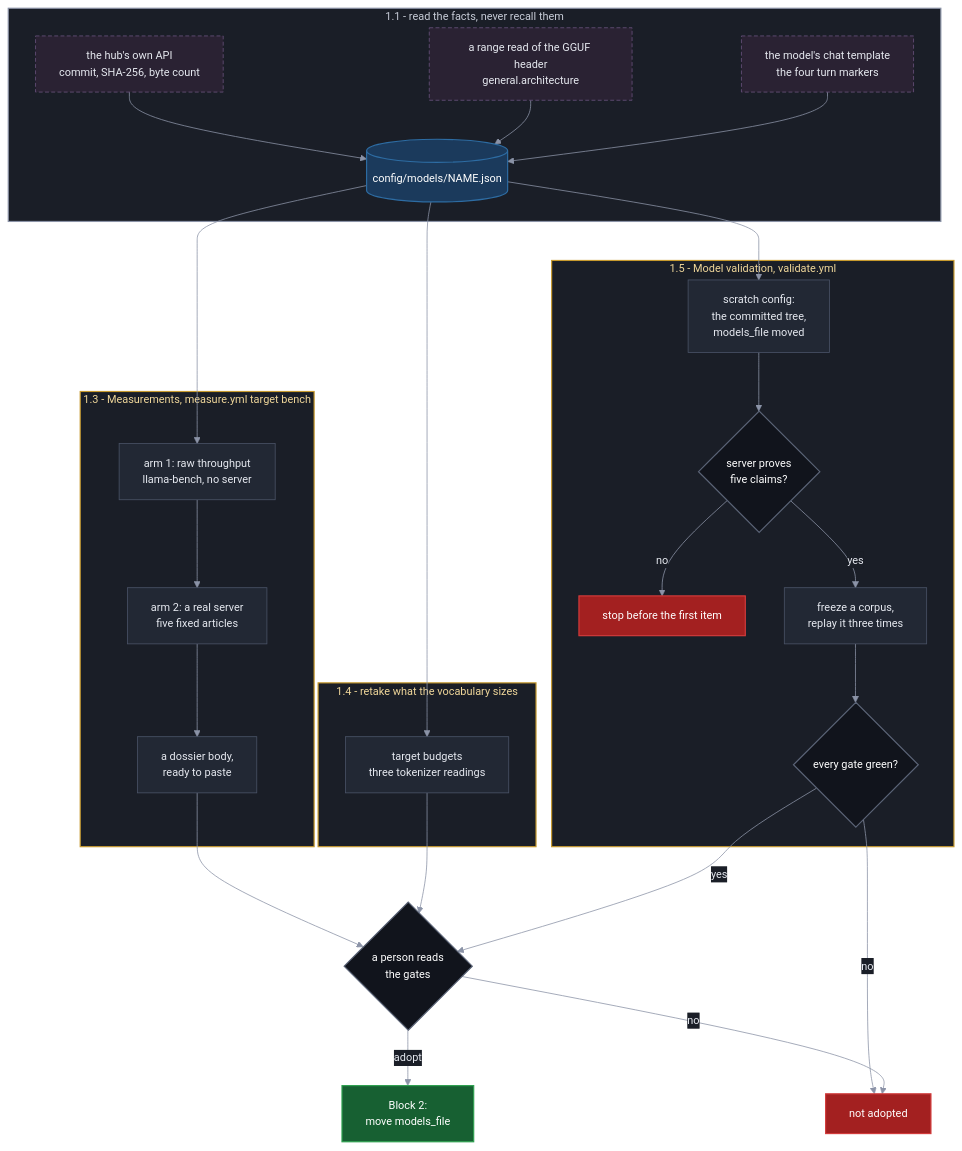
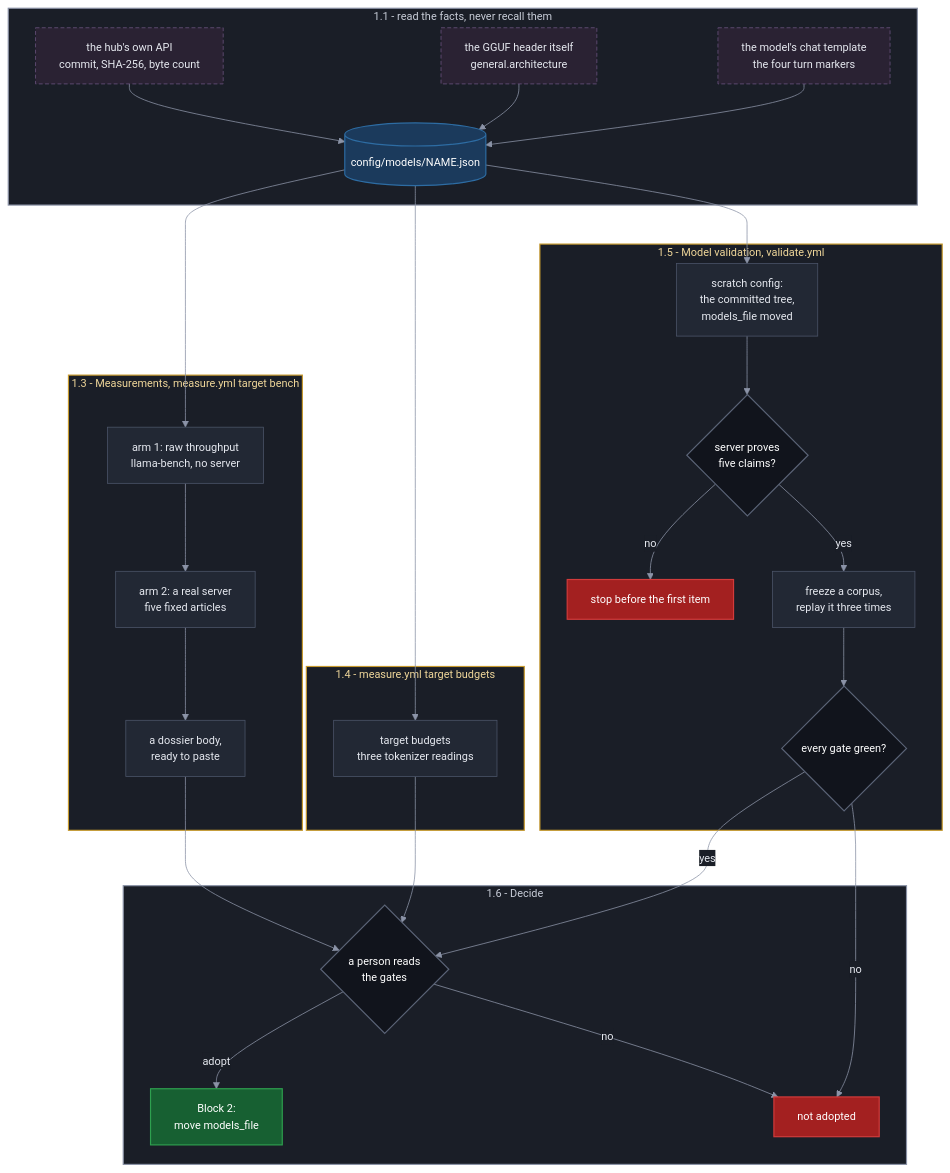
Before and after one commit to miztiik/yen-idhazh: the diagram in docs/how-to/evaluate-new-summarizer-model.md, drawn with Mermaid. The commit also changed other lines of this file, not shown here.

First line of the commit message:
Box the decision tail, and record the two facts the flow left out

````diff
--- a/docs/how-to/evaluate-new-summarizer-model.md
+++ b/docs/how-to/evaluate-new-summarizer-model.md
@@ -44,53 +44,56 @@
 ```mermaid
 %%{init: {"theme": "base", "themeVariables": {"background": "#0f1117", "primaryColor": "#222834", "primaryTextColor": "#e6e9f0", "primaryBorderColor": "#4b5468", "lineColor": "#8b93a7", "textColor": "#e6e9f0", "clusterBkg": "#1a1e27", "clusterBorder": "#3a4254", "titleColor": "#e6e9f0", "edgeLabelBackground": "#1a1e27", "fontSize": "14px"}}}%%
 flowchart TB
  subgraph FACTS["1.1 - read the facts, never recall them"]
   HUB["the hub's own API<br/>commit, SHA-256, byte count"] --> FILE
-  HDR["a range read of the GGUF header<br/>general.architecture"] --> FILE
+  HDR["the GGUF header itself<br/>general.architecture"] --> FILE
   TMPL["the model's chat template<br/>the four turn markers"] --> FILE
   FILE[("config/models/NAME.json")]
  end
 
  subgraph BENCH["1.3 - Measurements, measure.yml target bench"]
   FILE --> RAW["arm 1: raw throughput<br/>llama-bench, no server"]
   RAW --> SERVE["arm 2: a real server<br/>five fixed articles"]
   SERVE --> DOSSIER["a dossier body,<br/>ready to paste"]
  end
 
- subgraph READ["1.4 - retake what the vocabulary sizes"]
+ subgraph READ["1.4 - measure.yml target budgets"]
   FILE --> BUDGETS["target budgets<br/>three tokenizer readings"]
  end
 
  subgraph QUAL["1.5 - Model validation, validate.yml"]
   FILE --> SCRATCH["scratch config:<br/>the committed tree,<br/>models_file moved"]
   SCRATCH --> PROVE{"server proves<br/>five claims?"}
   PROVE -->|"no"| STOP["stop before the first item"]
   PROVE -->|"yes"| REPLAY["freeze a corpus,<br/>replay it three times"]
   REPLAY --> GATES{"every gate green?"}
  end
 
+ subgraph CALL["1.6 - Decide"]
+  DECIDE{"a person reads<br/>the gates"} -->|"adopt"| ADOPT["Block 2:<br/>move models_file"]
+  DECIDE -->|"no"| REJECT["not adopted"]
+ end
+
  DOSSIER --> DECIDE
  BUDGETS --> DECIDE
- GATES -->|"no"| REJECT["not adopted"]
- GATES -->|"yes"| DECIDE{"a person reads<br/>the gates"}
- DECIDE -->|"adopt"| ADOPT["Block 2:<br/>move models_file"]
- DECIDE -->|"no"| REJECT
+ GATES -->|"yes"| DECIDE
+ GATES -->|"no"| REJECT
 
  classDef stage fill:#222834,stroke:#4b5468,stroke-width:1px,color:#e6e9f0;
  classDef decision fill:#11141c,stroke:#5b6477,stroke-width:1.5px,color:#ffffff;
  classDef yes fill:#176032,stroke:#2ea04f,stroke-width:1.5px,color:#ffffff;
  classDef no fill:#a32020,stroke:#d23b3b,stroke-width:1.5px,color:#ffffff;
  classDef store fill:#1b3a5c,stroke:#2d6ca3,stroke-width:1.5px,color:#ffffff;
  classDef ext fill:#2a2233,stroke:#6b5480,stroke-width:1px,stroke-dasharray:5 3,color:#e6e9f0;
  classDef sysEval fill:#1a1e27,stroke:#c79a2e,stroke-width:1.5px,color:#f0d79a;
  classDef sysOps fill:#1a1e27,stroke:#8b93a7,stroke-width:1.5px,color:#c8cdd8;
 
  class RAW,SERVE,DOSSIER,BUDGETS,SCRATCH,REPLAY stage;
  class HUB,HDR,TMPL ext;
  class PROVE,GATES,DECIDE decision;
  class FILE store;
  class ADOPT yes;
  class STOP,REJECT no;
- class FACTS sysOps;
+ class FACTS,CALL sysOps;
  class BENCH,READ,QUAL sysEval;
 ```
````
